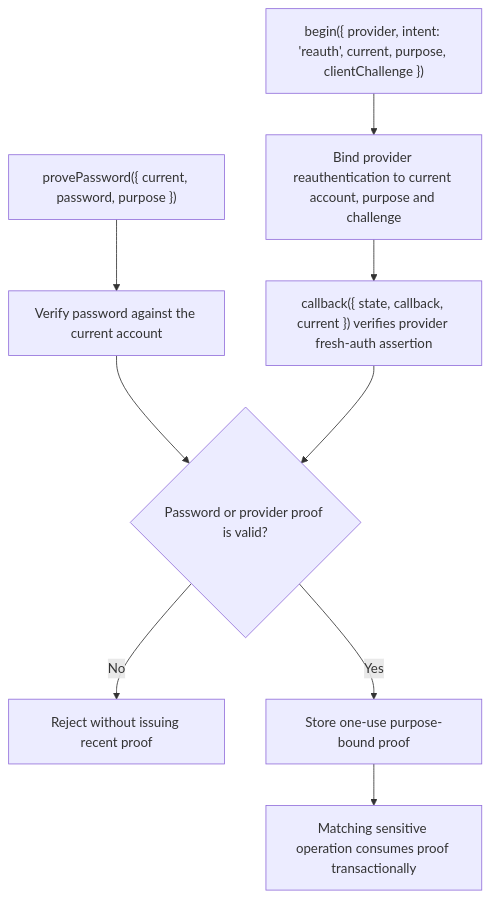
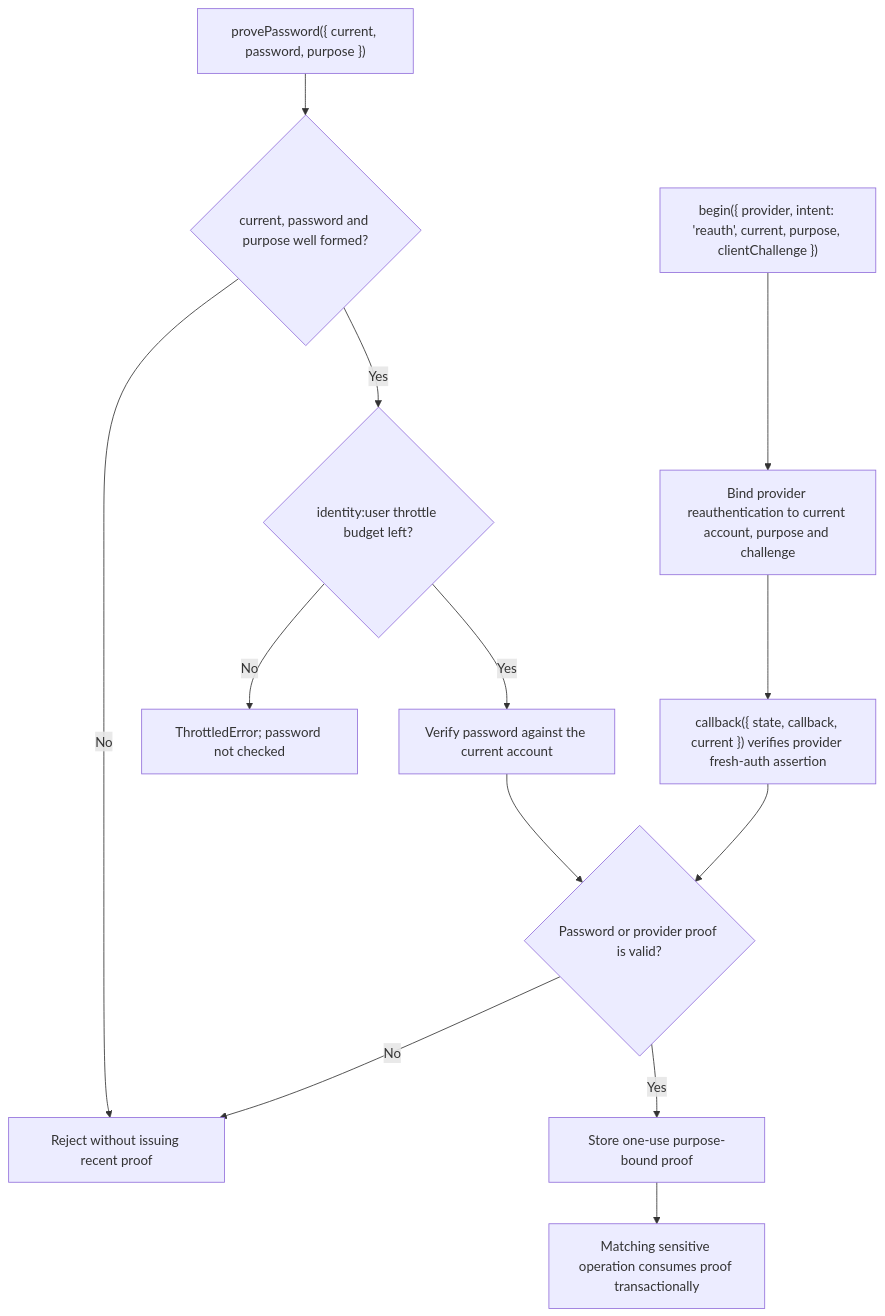
The second of 2 diagrams in user-stories/US-ACCOUNT-23-prove-social-action.md (Kevinjohn/oss-adonisjs-account-kit), drawn with Mermaid before and after one commit. The commit also changed other lines of this file and 22 other files, not shown here.

````diff
--- a/user-stories/US-ACCOUNT-23-prove-social-action.md
+++ b/user-stories/US-ACCOUNT-23-prove-social-action.md
@@ -35,11 +36,15 @@
 ```mermaid
 flowchart TD
- A["provePassword({ current, password, purpose })"] --> B["Verify password against the current account"]
+ A["provePassword({ current, password, purpose })"] --> A1{"current, password and purpose well formed?"}
+ A1 -->|No| F
+ A1 -->|Yes| A3{"identity:user throttle budget left?"}
+ A3 -->|No| A4["ThrottledError; password not checked"]
+ A3 -->|Yes| B["Verify password against the current account"]
  A2["begin({ provider, intent: 'reauth', current, purpose, clientChallenge })"] --> C["Bind provider reauthentication to current account, purpose and challenge"]
  C --> D["callback({ state, callback, current }) verifies provider fresh-auth assertion"]
  B --> E{"Password or provider proof is valid?"}
  D --> E
  E -->|No| F["Reject without issuing recent proof"]
  E -->|Yes| G["Store one-use purpose-bound proof"]
  G --> H["Matching sensitive operation consumes proof transactionally"]
 ```
````
